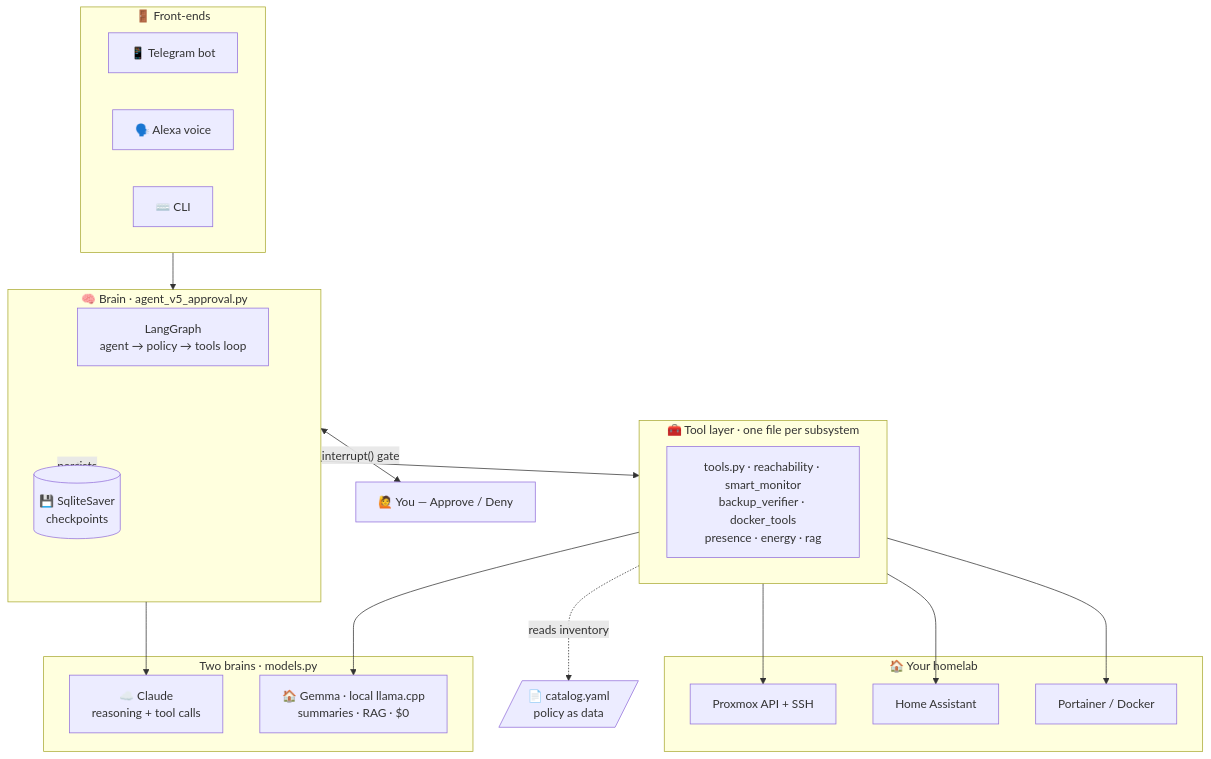
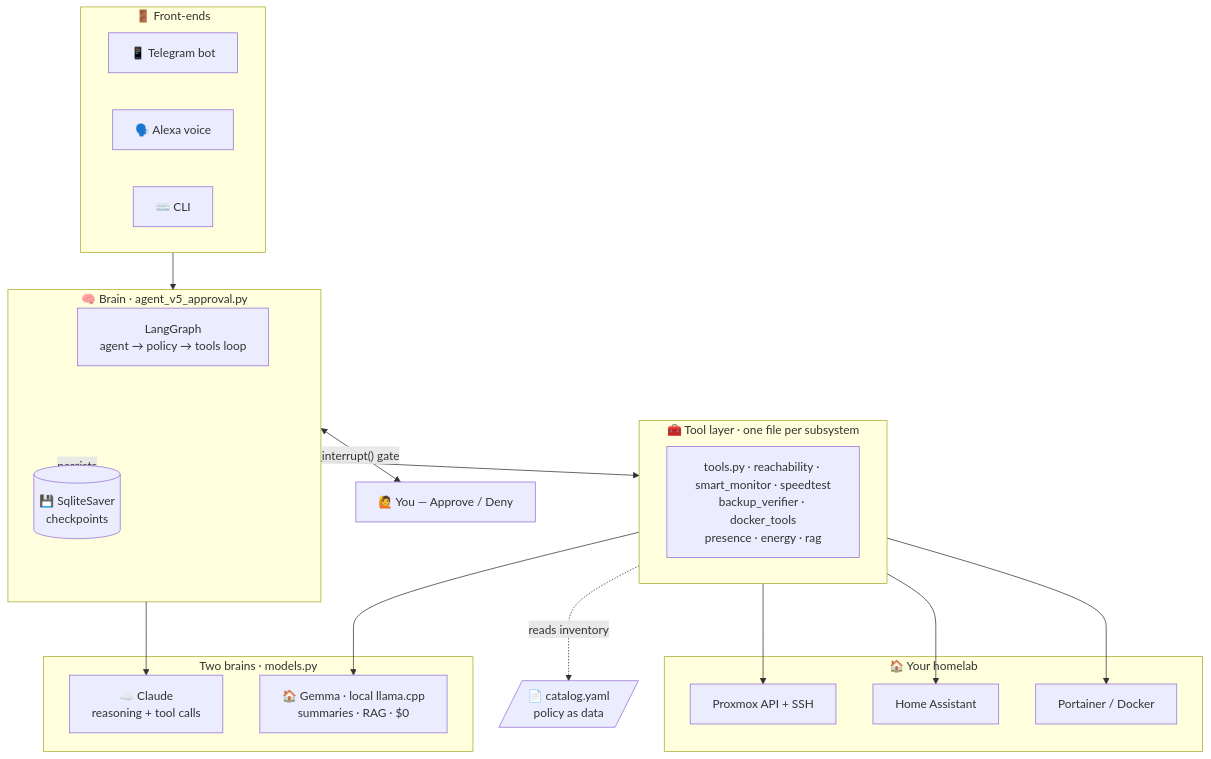
Before and after one commit to naveen6gowda/AI-Agent: the first of 3 diagrams in README.md, drawn with Mermaid. The commit also changed other lines of this file and 6 other files, not shown here.

````diff
--- a/README.md
+++ b/README.md
@@ -66,40 +66,40 @@
 ```mermaid
 flowchart TD
     subgraph FE["🚪 Front-ends"]
         TG["📱 Telegram bot"]
         VO["🗣️ Alexa voice"]
         CL["⌨️ CLI"]
     end
 
     subgraph BR["🧠 Brain · agent_v5_approval.py"]
         LG["LangGraph<br/>agent → policy → tools loop"]
         CP[("💾 SqliteSaver<br/>checkpoints")]
     end
 
     subgraph MB["Two brains · models.py"]
         CLAUDE["☁️ Claude<br/>reasoning + tool calls"]
         GEMMA["🏠 Gemma · local llama.cpp<br/>summaries · RAG · $0"]
     end
 
     subgraph TL["🧰 Tool layer · one file per subsystem"]
-        TLS["tools.py · reachability · smart_monitor<br/>backup_verifier · docker_tools<br/>presence · energy · rag"]
+        TLS["tools.py · reachability · smart_monitor · speedtest<br/>backup_verifier · docker_tools<br/>presence · energy · rag"]
     end
 
     subgraph HL["🏠 Your homelab"]
         PVE["Proxmox API + SSH"]
         HA["Home Assistant"]
         DOCK["Portainer / Docker"]
     end
 
     CAT[/"📄 catalog.yaml<br/>policy as data"/]
     HUMAN["🙋 You — Approve / Deny"]
 
     FE --> BR
     BR --> CLAUDE
     BR <-->|"interrupt() gate"| HUMAN
     BR --> TL
     TL --> GEMMA
     TL --> PVE & HA & DOCK
     TL -. reads inventory .-> CAT
     BR -. persists .-> CP
 ```
````
